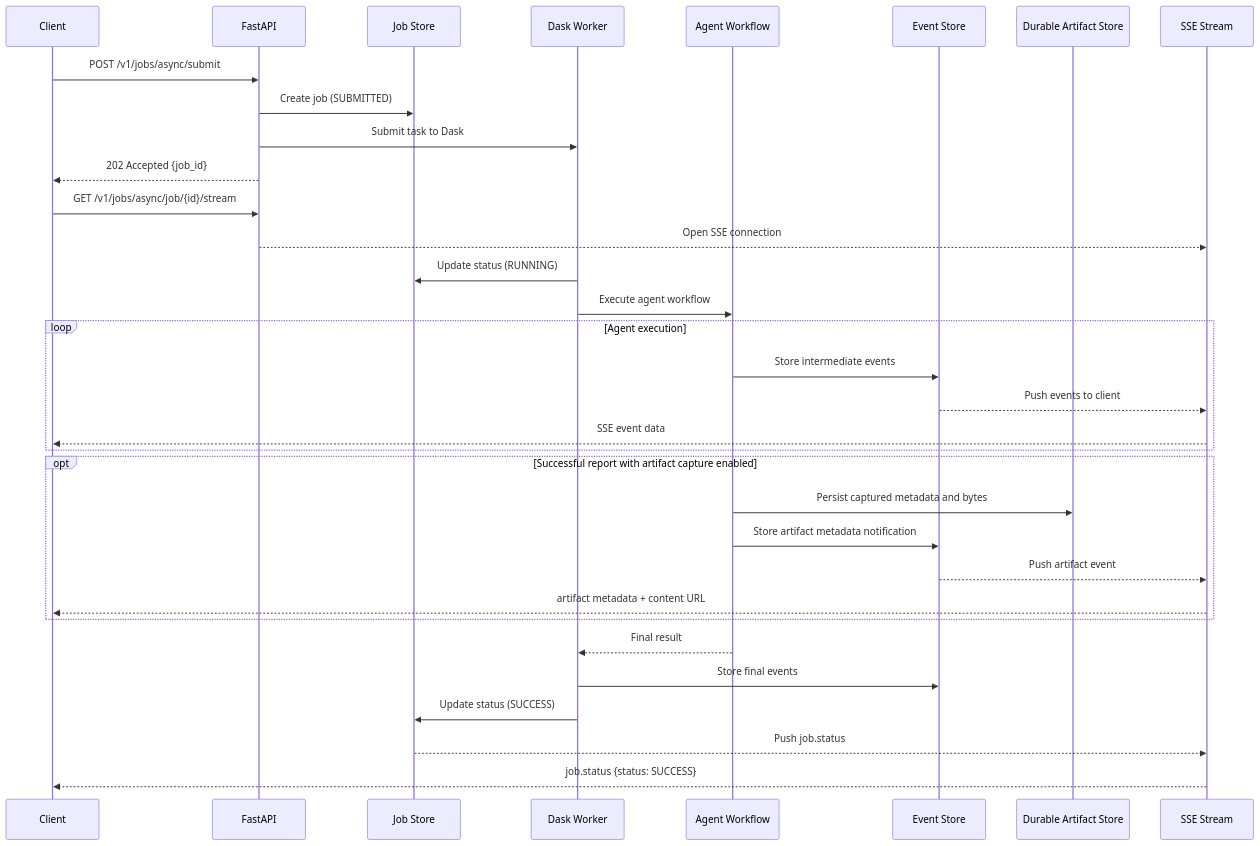
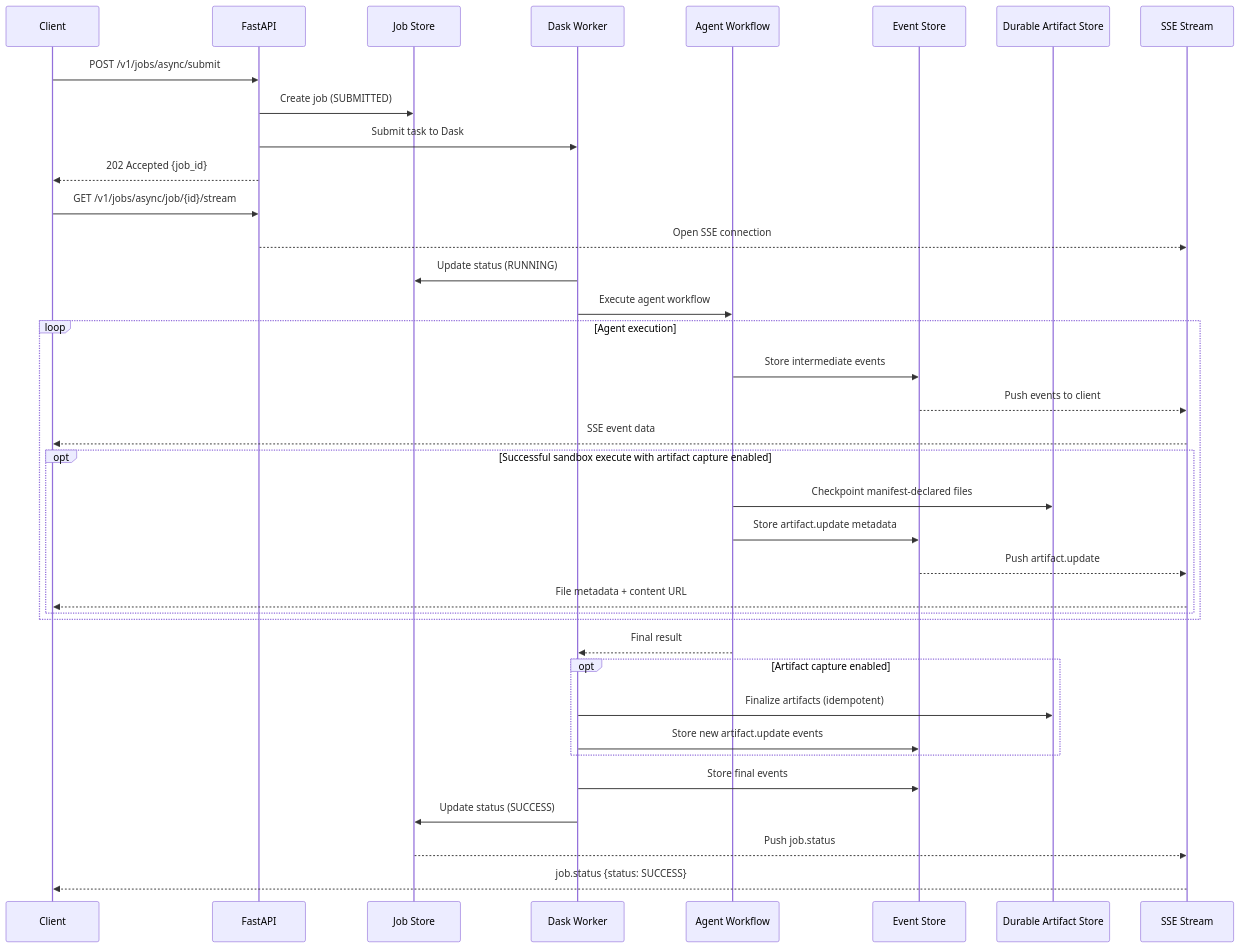
Before and after one commit to Manushpm8/aiq: the first of 3 diagrams in docs/source/architecture/data-flow.md, drawn with Mermaid. The commit also changed other lines of this file and 11 other files, not shown here.

````diff
--- a/docs/source/architecture/data-flow.md
+++ b/docs/source/architecture/data-flow.md
@@ -18,41 +18,44 @@
 ```mermaid
 sequenceDiagram
     participant C as Client
     participant API as FastAPI
     participant JS as Job Store
     participant D as Dask Worker
     participant A as Agent Workflow
     participant ES as Event Store
     participant AS as Durable Artifact Store
     participant SSE as SSE Stream
 
     C->>API: POST /v1/jobs/async/submit
     API->>JS: Create job (SUBMITTED)
     API->>D: Submit task to Dask
     API-->>C: 202 Accepted {job_id}
 
     C->>API: GET /v1/jobs/async/job/{id}/stream
     API-->>SSE: Open SSE connection
 
     D->>JS: Update status (RUNNING)
     D->>A: Execute agent workflow
 
     loop Agent execution
         A->>ES: Store intermediate events
         ES-->>SSE: Push events to client
         SSE-->>C: SSE event data
-    end
-
-    opt Successful report with artifact capture enabled
-        A->>AS: Persist captured metadata and bytes
-        A->>ES: Store artifact metadata notification
-        ES-->>SSE: Push artifact event
-        SSE-->>C: artifact metadata + content URL
+        opt Successful sandbox execute with artifact capture enabled
+            A->>AS: Checkpoint manifest-declared files
+            A->>ES: Store artifact.update metadata
+            ES-->>SSE: Push artifact.update
+            SSE-->>C: File metadata + content URL
+        end
     end
 
     A-->>D: Final result
+    opt Artifact capture enabled
+        D->>AS: Finalize artifacts (idempotent)
+        D->>ES: Store new artifact.update events
+    end
     D->>ES: Store final events
     D->>JS: Update status (SUCCESS)
     JS-->>SSE: Push job.status
     SSE-->>C: job.status {status: SUCCESS}
 ```
````
